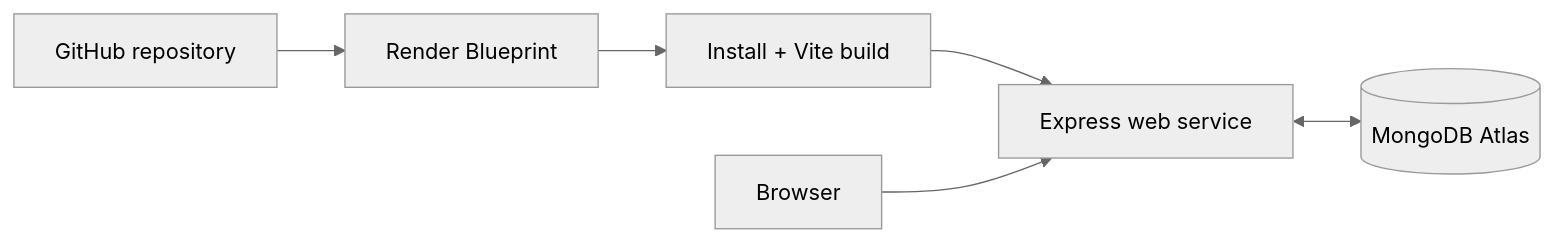
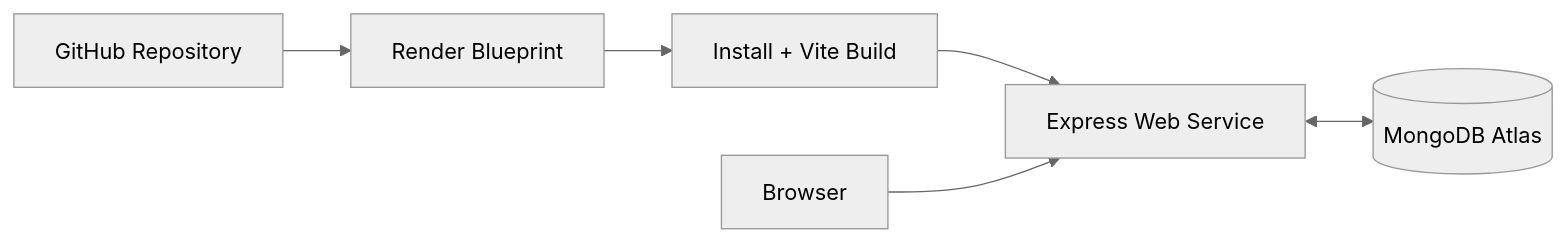
One commit to Pradeep4002-C/pradeep-chavan-portfolio changed the second of 2 diagrams in README.md. Above: the diagram before and after it, drawn with Mermaid (neutral theme). The commit also changed other lines of this file, not shown here.

````diff
--- a/README.md
+++ b/README.md
@@ -525,8 +539,8 @@
 ```mermaid
 flowchart LR
-    REPO["GitHub repository"] --> RENDER["Render Blueprint"]
-    RENDER --> BUILD["Install + Vite build"]
-    BUILD --> SERVER["Express web service"]
+    REPO["GitHub Repository"] --> RENDER["Render Blueprint"]
+    RENDER --> BUILD["Install + Vite Build"]
+    BUILD --> SERVER["Express Web Service"]
     SERVER <--> DB[("MongoDB Atlas")]
     VISITOR["Browser"] --> SERVER
 ```
````
